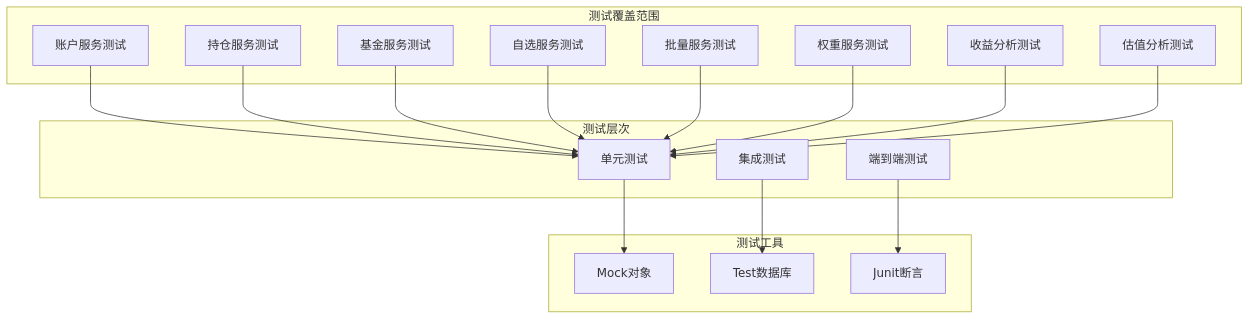
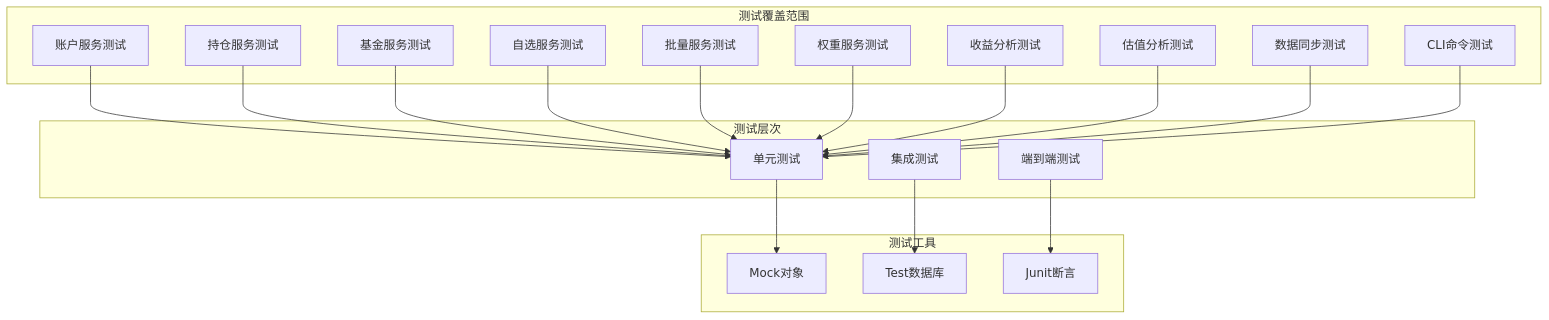
Before and after one commit to gree-coder/fund-butler: diagram 17 of 27 in .qoder/repowiki/zh/content/核心功能开发/核心功能开发.md, drawn with Mermaid. The commit also changed other lines of this file and 3 other files, not shown here.

````diff
--- a/.qoder/repowiki/zh/content/核心功能开发/核心功能开发.md
+++ b/.qoder/repowiki/zh/content/核心功能开发/核心功能开发.md
@@ -869,34 +903,38 @@
 ```mermaid
 graph TB
 subgraph "测试层次"
 UNIT[单元测试]
 INTEGRATION[集成测试]
 END_TO_END[端到端测试]
 end
 subgraph "测试覆盖范围"
 ACCOUNT_TEST[账户服务测试]
 POSITION_TEST[持仓服务测试]
 FUND_TEST[基金服务测试]
 WATCHLIST_TEST[自选服务测试]
 BATCH_TEST[批量服务测试]
 WEIGHT_TEST[权重服务测试]
 ANALYSIS_TEST[收益分析测试]
 ESTIMATE_TEST[估值分析测试]
+SYNC_TEST[数据同步测试]
+CLI_TEST[CLI命令测试]
 end
 subgraph "测试工具"
 MOCK[Mock对象]
 TEST_DB[Test数据库]
 ASSERT[Junit断言]
 end
 ACCOUNT_TEST --> UNIT
 POSITION_TEST --> UNIT
 FUND_TEST --> UNIT
 WATCHLIST_TEST --> UNIT
 BATCH_TEST --> UNIT
 WEIGHT_TEST --> UNIT
 ANALYSIS_TEST --> UNIT
 ESTIMATE_TEST --> UNIT
+SYNC_TEST --> UNIT
+CLI_TEST --> UNIT
 UNIT --> MOCK
 INTEGRATION --> TEST_DB
 END_TO_END --> ASSERT
 ```
````
